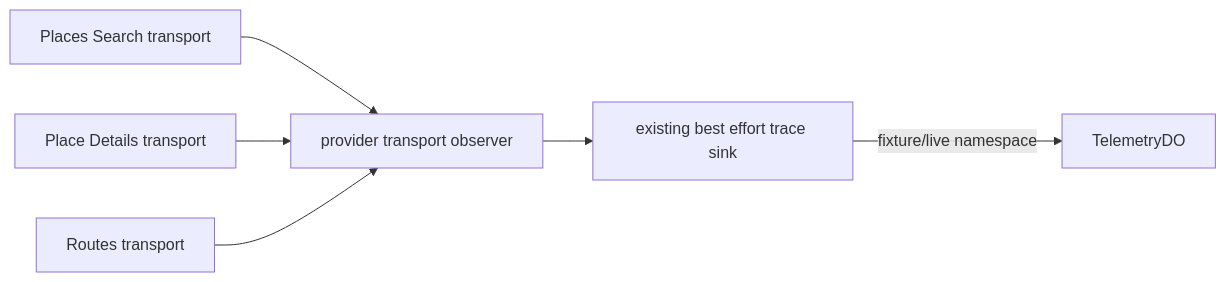
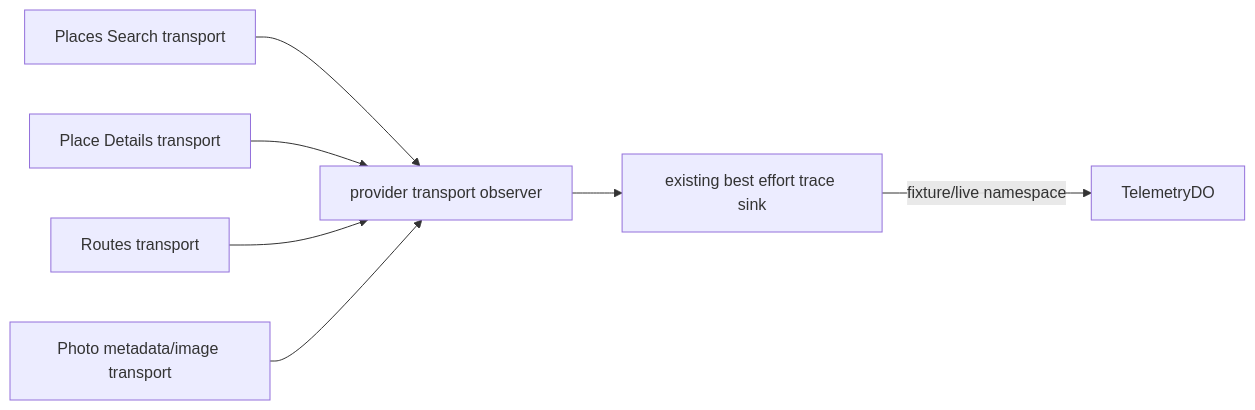
The diagram in docs/design/m26-runtime-provider-trace.md (takapom/ima-app), drawn with Mermaid before and after one commit. The commit also changed other lines of this file and 21 other files, not shown here.

Commit message:
feat: trace photo fetches against their originating runtime turn (#27)

````diff
--- a/docs/design/m26-runtime-provider-trace.md
+++ b/docs/design/m26-runtime-provider-trace.md
@@ -5,8 +5,9 @@
 ```mermaid
 flowchart LR
   Search[Places Search transport] --> Trace[provider transport observer]
   Details[Place Details transport] --> Trace
   Routes[Routes transport] --> Trace
+  Photo[Photo metadata/image transport] --> Trace
   Trace --> Sink[existing best effort trace sink]
   Sink -->|fixture/live namespace| Telemetry[TelemetryDO]
 ```
````
